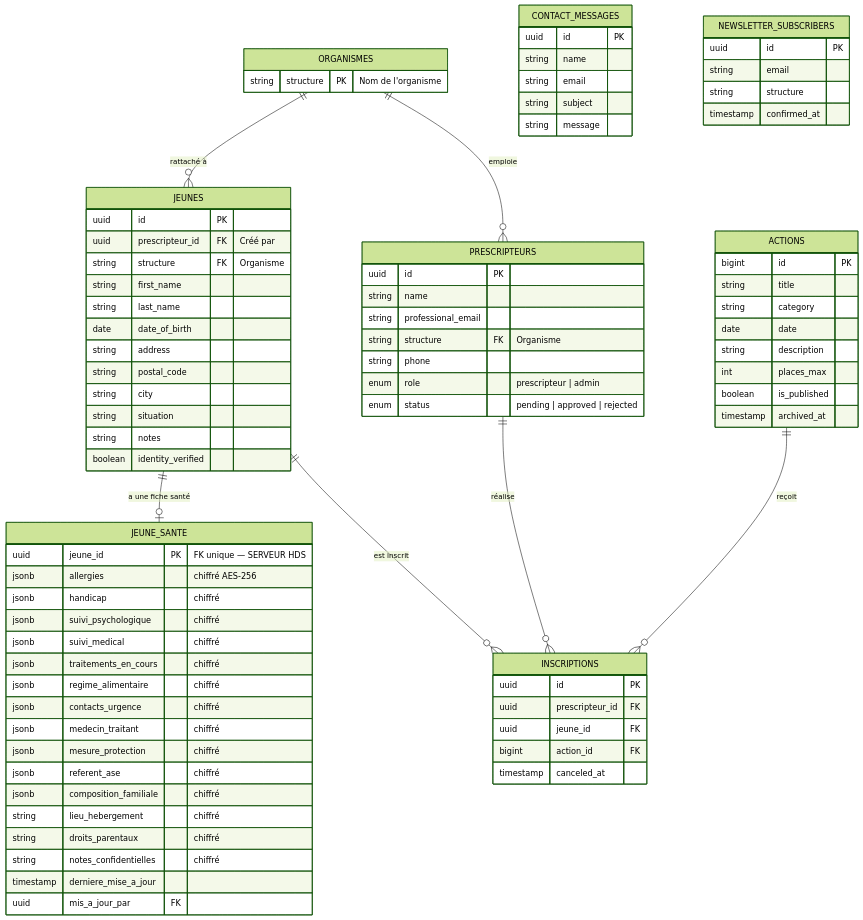
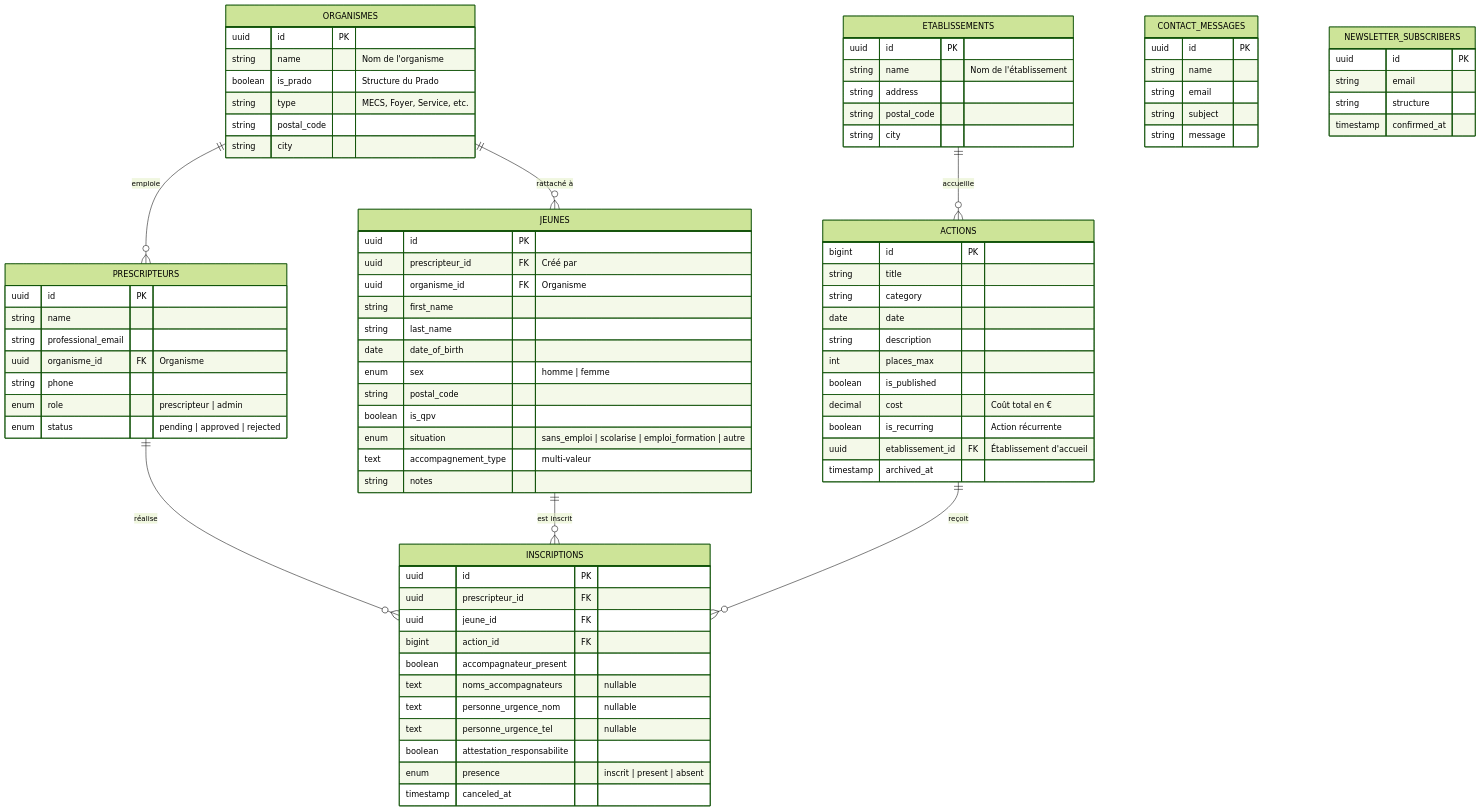
One commit to Theodore-R/prado-nuxt changed the sixth of 10 diagrams in docs/cahier-des-charges-prado-itineraires.md. Above: the diagram before and after it, drawn with Mermaid (forest theme). The commit also changed other lines of this file and 45 other files, not shown here.

````diff
--- a/docs/cahier-des-charges-prado-itineraires.md
+++ b/docs/cahier-des-charges-prado-itineraires.md
@@ -746,18 +710,31 @@
     ORGANISMES ||--o{ JEUNES : "rattaché à"
     PRESCRIPTEURS ||--o{ INSCRIPTIONS : "réalise"
     JEUNES ||--o{ INSCRIPTIONS : "est inscrit"
+    ETABLISSEMENTS ||--o{ ACTIONS : "accueille"
     ACTIONS ||--o{ INSCRIPTIONS : "reçoit"
-    JEUNES ||--o| JEUNE_SANTE : "a une fiche santé"
 
     ORGANISMES {
-        string structure PK "Nom de l'organisme"
+        uuid id PK
+        string name "Nom de l'organisme"
+        boolean is_prado "Structure du Prado"
+        string type "MECS, Foyer, Service, etc."
+        string postal_code
+        string city
+    }
+
+    ETABLISSEMENTS {
+        uuid id PK
+        string name "Nom de l'établissement"
+        string address
+        string postal_code
+        string city
     }
 
     PRESCRIPTEURS {
         uuid id PK
         string name
         string professional_email
-        string structure FK "Organisme"
+        uuid organisme_id FK "Organisme"
         string phone
         enum role "prescripteur | admin"
         enum status "pending | approved | rejected"
@@ -766,16 +743,16 @@
     JEUNES {
         uuid id PK
         uuid prescripteur_id FK "Créé par"
-        string structure FK "Organisme"
+        uuid organisme_id FK "Organisme"
         string first_name
         string last_name
         date date_of_birth
-        string address
+        enum sex "homme | femme"
         string postal_code
-        string city
-        string situation
+        boolean is_qpv
+        enum situation "sans_emploi | scolarise | emploi_formation | autre"
+        text accompagnement_type "multi-valeur"
         string notes
-        boolean identity_verified
     }
 
     ACTIONS {
@@ -786,6 +763,9 @@
         string description
         int places_max
         boolean is_published
+        decimal cost "Coût total en €"
+        boolean is_recurring "Action récurrente"
+        uuid etablissement_id FK "Établissement d'accueil"
         timestamp archived_at
     }
 
@@ -794,6 +774,12 @@
         uuid prescripteur_id FK
         uuid jeune_id FK
         bigint action_id FK
+        boolean accompagnateur_present
+        text noms_accompagnateurs "nullable"
+        text personne_urgence_nom "nullable"
+        text personne_urgence_tel "nullable"
+        boolean attestation_responsabilite
+        enum presence "inscrit | present | absent"
         timestamp canceled_at
     }
 
@@ -812,23 +798,4 @@
         timestamp confirmed_at
     }
 
-    JEUNE_SANTE {
-        uuid jeune_id PK "FK unique — SERVEUR HDS"
-        jsonb allergies "chiffré AES-256"
-        jsonb handicap "chiffré"
-        jsonb suivi_psychologique "chiffré"
-        jsonb suivi_medical "chiffré"
-        jsonb traitements_en_cours "chiffré"
-        jsonb regime_alimentaire "chiffré"
-        jsonb contacts_urgence "chiffré"
-        jsonb medecin_traitant "chiffré"
-        jsonb mesure_protection "chiffré"
-        jsonb referent_ase "chiffré"
-        jsonb composition_familiale "chiffré"
-        string lieu_hebergement "chiffré"
-        string droits_parentaux "chiffré"
-        string notes_confidentielles "chiffré"
-        timestamp derniere_mise_a_jour
-        uuid mis_a_jour_par FK
-    }
 ```
````
